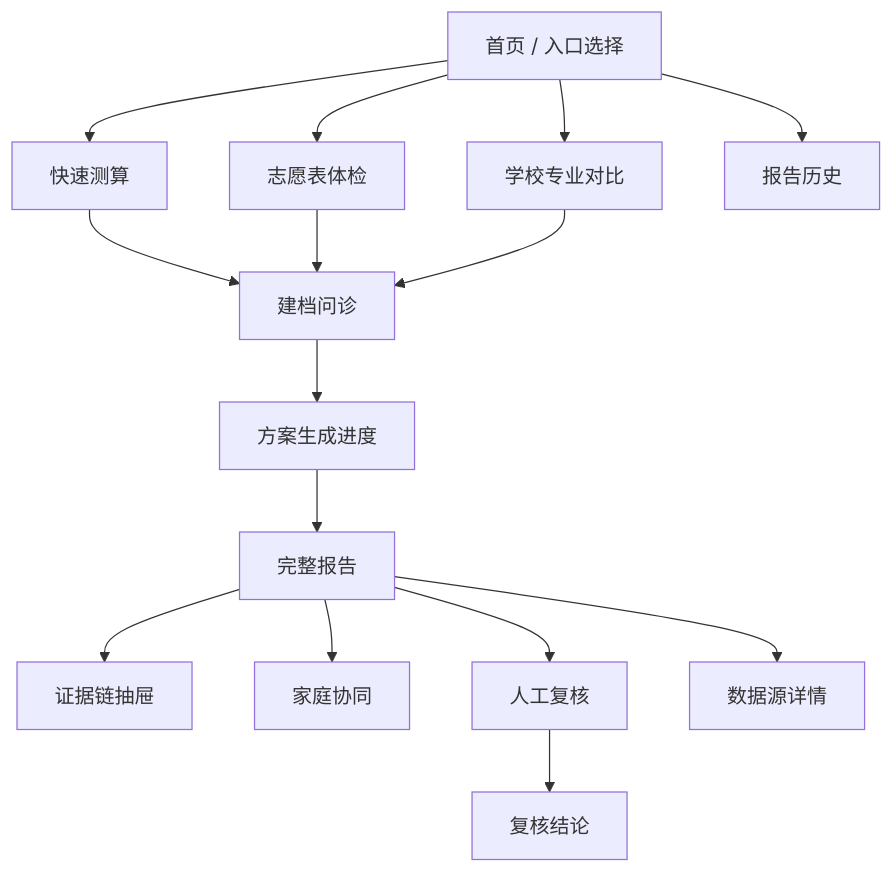
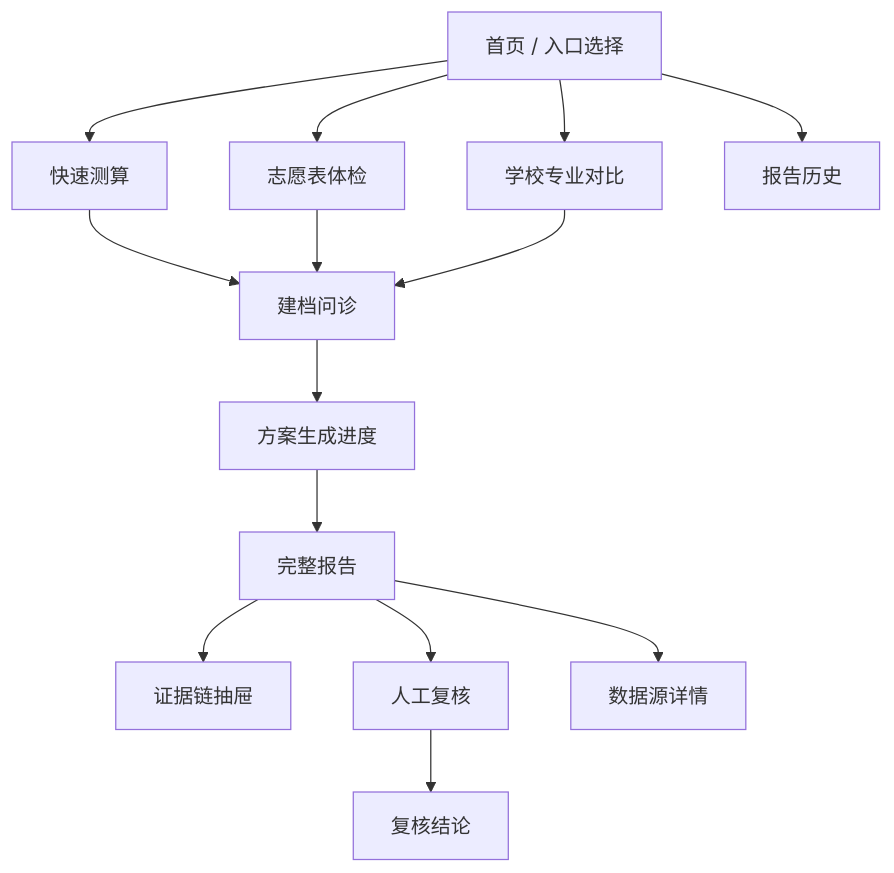
One commit to debugzhao/jin-guide changed the first of 5 diagrams in docs/frontend-prd.md. Above: the diagram before and after it, drawn with Mermaid. The commit also changed other lines of this file and 2 other files, not shown here.

````diff
--- a/docs/frontend-prd.md
+++ b/docs/frontend-prd.md
@@ -157,17 +159,16 @@
 ```mermaid
 flowchart TD
   A["首页 / 入口选择"] --> B["快速测算"]
   A --> C["志愿表体检"]
   A --> D["学校专业对比"]
   A --> H["报告历史"]
   B --> E["建档问诊"]
   C --> E
   D --> E
   E --> F["方案生成进度"]
   F --> G["完整报告"]
   G --> G1["证据链抽屉"]
-  G --> G2["家庭协同"]
   G --> G3["人工复核"]
   G3 --> G4["复核结论"]
   G --> G5["数据源详情"]
 ```
````
